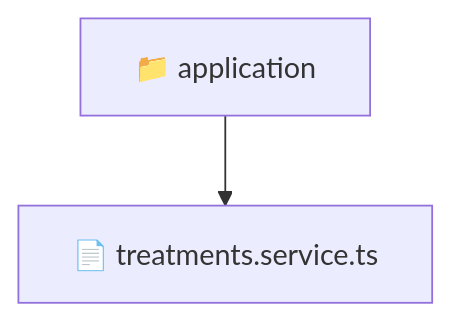
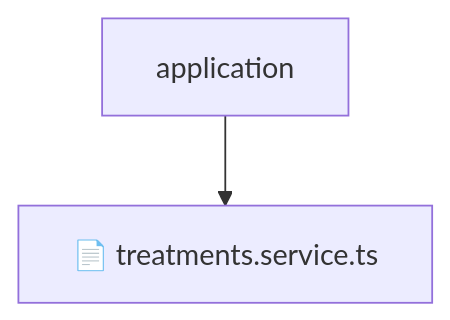
One commit to beginwebdev2002/fullstack-mavluda changed the diagram in backend/src/modules/treatments/application/README.md. Above: the diagram before and after it, drawn with Mermaid. The commit also changed other lines of this file and 155 other files, not shown here.

````diff
--- a/backend/src/modules/treatments/application/README.md
+++ b/backend/src/modules/treatments/application/README.md
@@ -10,5 +14,5 @@
 ```mermaid
 graph TD
-  Root["📁 application"]
-  Root --> treatmentsservicets["📄 treatments.service.ts"]
+    Root[application]
+    Root --> F0[📄 treatments.service.ts]
 ```
````
